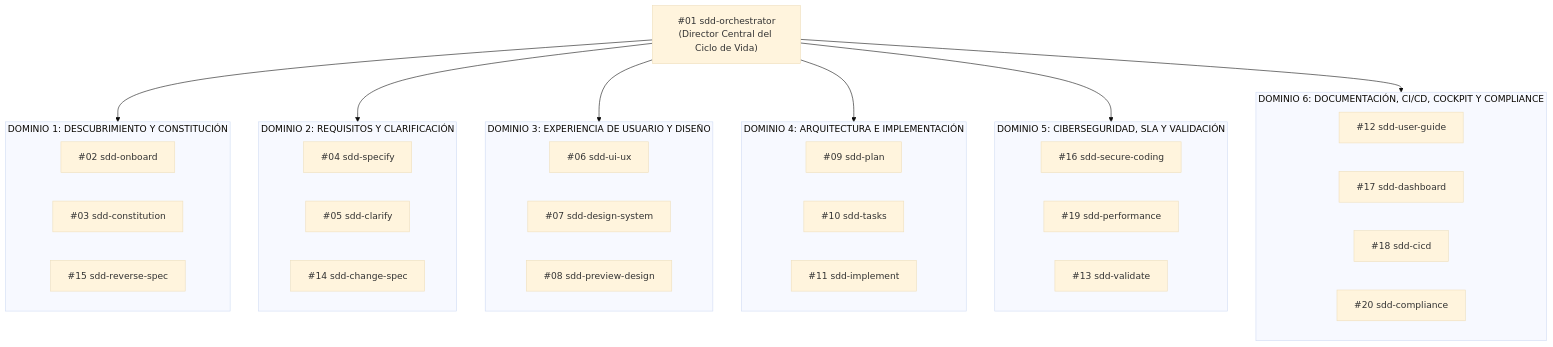
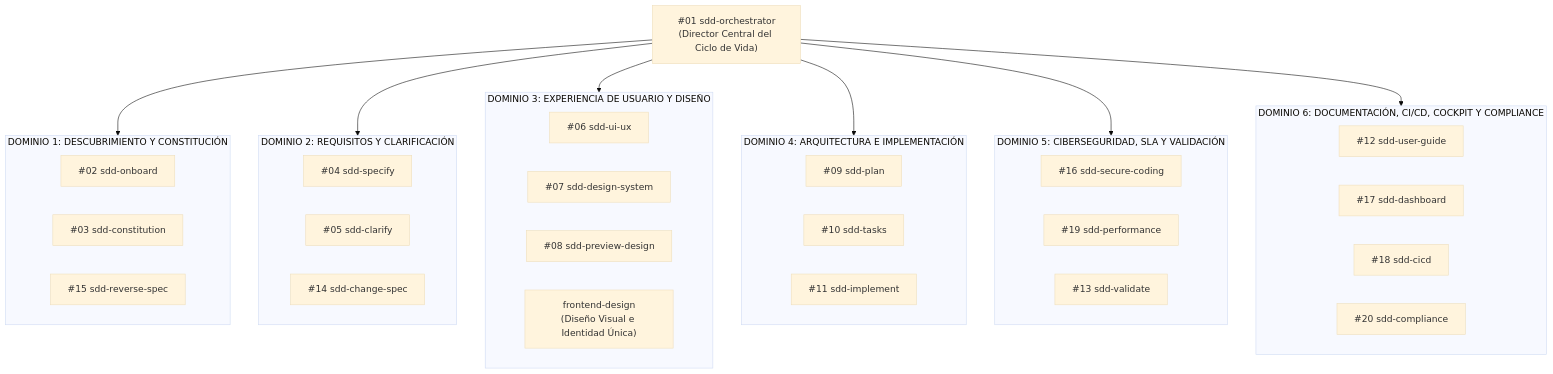
One commit to svelascotellez/imss-diagram-studio changed diagram 11 of 12 in DOCUMENTO_MAESTRO_PROYECTO_SDD_V66.md. Above: the diagram before and after it, drawn with Mermaid (base theme). The commit also changed other lines of this file and 6 other files, not shown here.

Commit message:
docs: integrate frontend-design skill into master documentation and architecture guides

````diff
--- a/DOCUMENTO_MAESTRO_PROYECTO_SDD_V66.md
+++ b/DOCUMENTO_MAESTRO_PROYECTO_SDD_V66.md
@@ -775,48 +775,49 @@
 ```mermaid
 flowchart TB
     ORCH["#01 sdd-orchestrator\n(Director Central del Ciclo de Vida)"]
 
     subgraph D1["DOMINIO 1: DESCUBRIMIENTO Y CONSTITUCIÓN"]
         SK2["#02 sdd-onboard"]
         SK3["#03 sdd-constitution"]
         SK15["#15 sdd-reverse-spec"]
     end
 
     subgraph D2["DOMINIO 2: REQUISITOS Y CLARIFICACIÓN"]
         SK4["#04 sdd-specify"]
         SK5["#05 sdd-clarify"]
         SK14["#14 sdd-change-spec"]
     end
 
     subgraph D3["DOMINIO 3: EXPERIENCIA DE USUARIO Y DISEÑO"]
         SK6["#06 sdd-ui-ux"]
         SK7["#07 sdd-design-system"]
         SK8["#08 sdd-preview-design"]
+        SKFD["frontend-design\n(Diseño Visual e Identidad Única)"]
     end
 
     subgraph D4["DOMINIO 4: ARQUITECTURA E IMPLEMENTACIÓN"]
         SK9["#09 sdd-plan"]
         SK10["#10 sdd-tasks"]
         SK11["#11 sdd-implement"]
     end
 
     subgraph D5["DOMINIO 5: CIBERSEGURIDAD, SLA Y VALIDACIÓN"]
         SK16["#16 sdd-secure-coding"]
         SK19["#19 sdd-performance"]
         SK13["#13 sdd-validate"]
     end
 
     subgraph D6["DOMINIO 6: DOCUMENTACIÓN, CI/CD, COCKPIT Y COMPLIANCE"]
         SK12["#12 sdd-user-guide"]
         SK17["#17 sdd-dashboard"]
         SK18["#18 sdd-cicd"]
         SK20["#20 sdd-compliance"]
     end
 
     ORCH --> D1
     ORCH --> D2
     ORCH --> D3
     ORCH --> D4
     ORCH --> D5
     ORCH --> D6
 ```
````
